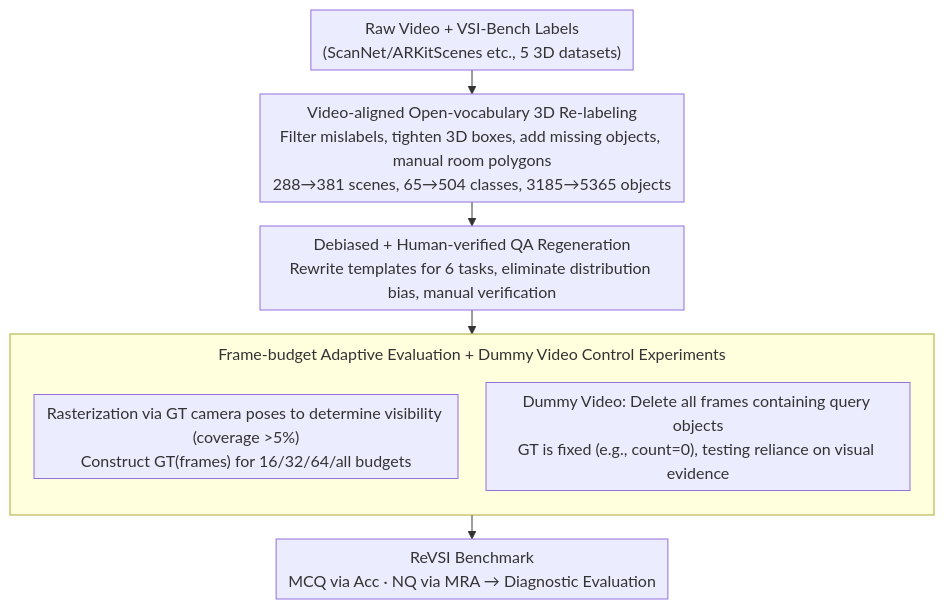
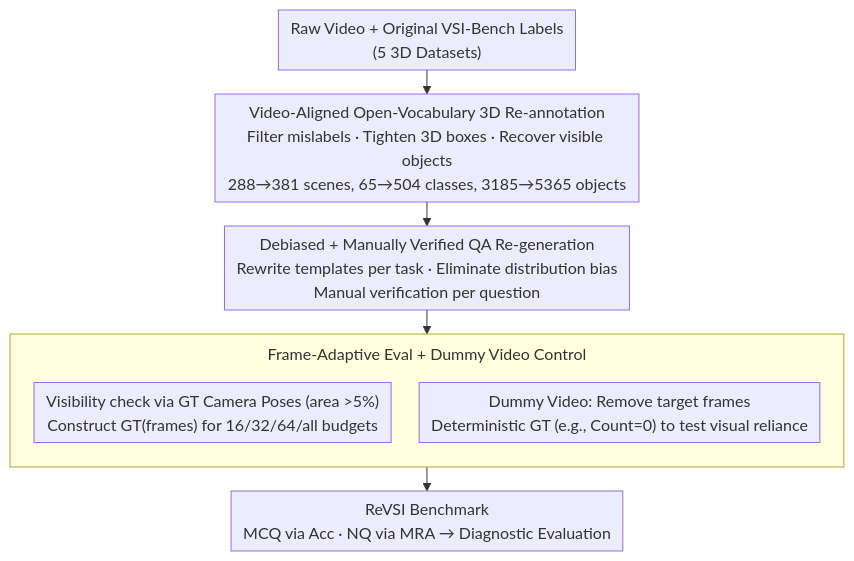
The diagram in docs/ICML2026/vlm_reasoning/revsi_rebuilding_visual_spatial_intelligence_evaluation_for_accurate_assessment_.md (zhaoyang97/Paper-Notes-en), drawn with Mermaid before and after one commit. The commit also changed other lines of this file and 5084 other files, not shown here.

````diff
--- a/docs/ICML2026/vlm_reasoning/revsi_rebuilding_visual_spatial_intelligence_evaluation_for_accurate_assessment_.md
+++ b/docs/ICML2026/vlm_reasoning/revsi_rebuilding_visual_spatial_intelligence_evaluation_for_accurate_assessment_.md
@@ -44,13 +44,13 @@
 ```mermaid
 %%{init: {'flowchart': {'rankSpacing': 24, 'nodeSpacing': 28, 'padding': 6, 'wrappingWidth': 400, 'subGraphTitleMargin': {'top': 8, 'bottom': 16}}}}%%
 flowchart TD
-    A["Raw Video + VSI-Bench Labels<br/>(ScanNet/ARKitScenes etc., 5 3D datasets)"] --> B
-    B["Video-aligned Open-vocabulary 3D Re-labeling<br/>Filter mislabels, tighten 3D boxes, add missing objects, manual room polygons<br/>288→381 scenes, 65→504 classes, 3185→5365 objects"] --> C
-    C["Debiased + Human-verified QA Regeneration<br/>Rewrite templates for 6 tasks, eliminate distribution bias, manual verification"] --> D
-    subgraph D["Frame-budget Adaptive Evaluation + Dummy Video Control Experiments"]
+    A["Raw Video + Original VSI-Bench Labels<br/>(5 3D Datasets)"] --> B
+    B["Video-Aligned Open-Vocabulary 3D Re-annotation<br/>Filter mislabels · Tighten 3D boxes · Recover visible objects<br/>288→381 scenes, 65→504 classes, 3185→5365 objects"] --> C
+    C["Debiased + Manually Verified QA Re-generation<br/>Rewrite templates per task · Eliminate distribution bias<br/>Manual verification per question"] --> D
+    subgraph D["Frame-Adaptive Eval + Dummy Video Control"]
         direction TB
-        D1["Rasterization via GT camera poses to determine visibility (coverage >5%)<br/>Construct GT(frames) for 16/32/64/all budgets"]
-        D2["Dummy Video: Delete all frames containing query objects<br/>GT is fixed (e.g., count=0), testing reliance on visual evidence"]
+        D1["Visibility check via GT Camera Poses (area >5%)<br/>Construct GT(frames) for 16/32/64/all budgets"]
+        D2["Dummy Video: Remove target frames<br/>Deterministic GT (e.g., Count=0) to test visual reliance"]
     end
     D --> E["ReVSI Benchmark<br/>MCQ via Acc · NQ via MRA → Diagnostic Evaluation"]
 ```
````
